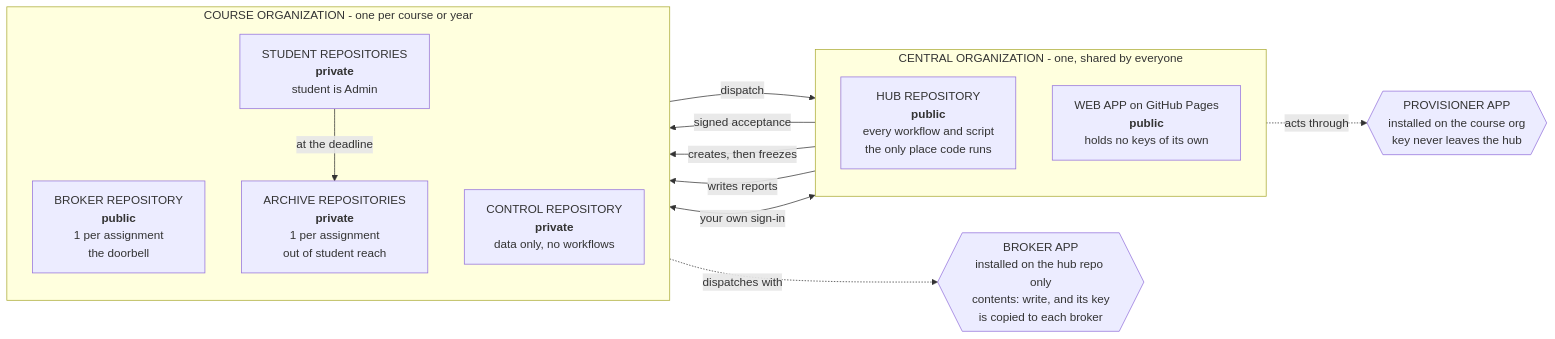
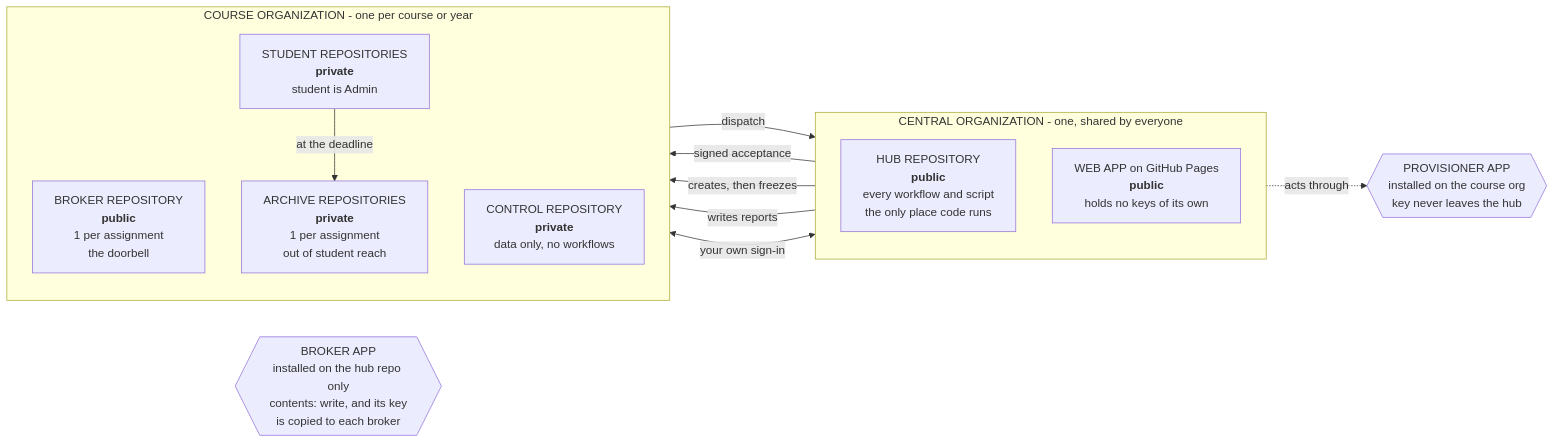
The second of 2 diagrams in README.md (PXL-Digital-Application-Samples/pxl-classroom), drawn with Mermaid before and after one commit.

Commit message:
docs(readme): drop the broker-to-App edge that was tangling the diagram
Two dotted edges crossing the organization boundary were most of what made
this busy, and this one carried the least: "dispatches with" restates what the
Broker App hexagon's own label already says. Rendered before and after - the
crossings are gone.

The hexagon now stands unconnected, which reads as a legend rather than a
participant. That is honest for what it is: an identity the broker
authenticates as, not a place a request travels to.

````diff
--- a/README.md
+++ b/README.md
@@ -188,28 +188,27 @@
 ```mermaid
 flowchart LR
     subgraph Central["CENTRAL ORGANIZATION - one, shared by everyone"]
         direction TB
         Hub["HUB REPOSITORY<br/><b>public</b><br/>every workflow and script<br/>the only place code runs"]
         Pages["WEB APP on GitHub Pages<br/><b>public</b><br/>holds no keys of its own"]
     end
 
     ProvApp{{"PROVISIONER APP<br/>installed on the course org<br/>key never leaves the hub"}}
     BrokApp{{"BROKER APP<br/>installed on the hub repo only<br/>contents: write, and its key<br/>is copied to each broker"}}
 
     subgraph Course["COURSE ORGANIZATION - one per course or year"]
         direction TB
         Broker["BROKER REPOSITORY<br/><b>public</b><br/>1 per assignment<br/>the doorbell"]
         Control["CONTROL REPOSITORY<br/><b>private</b><br/>data only, no workflows"]
         Student["STUDENT REPOSITORIES<br/><b>private</b><br/>student is Admin"]
         Archive["ARCHIVE REPOSITORIES<br/><b>private</b><br/>1 per assignment<br/>out of student reach"]
     end
 
     Pages -->|"signed acceptance"| Broker
     Broker -->|"dispatch"| Hub
     Hub -->|"creates, then freezes"| Student
     Hub -->|"writes reports"| Control
     Student -->|"at the deadline"| Archive
     Pages <-->|"your own sign-in"| Control
     Hub -.->|"acts through"| ProvApp
-    Broker -.->|"dispatches with"| BrokApp
 ```
````
